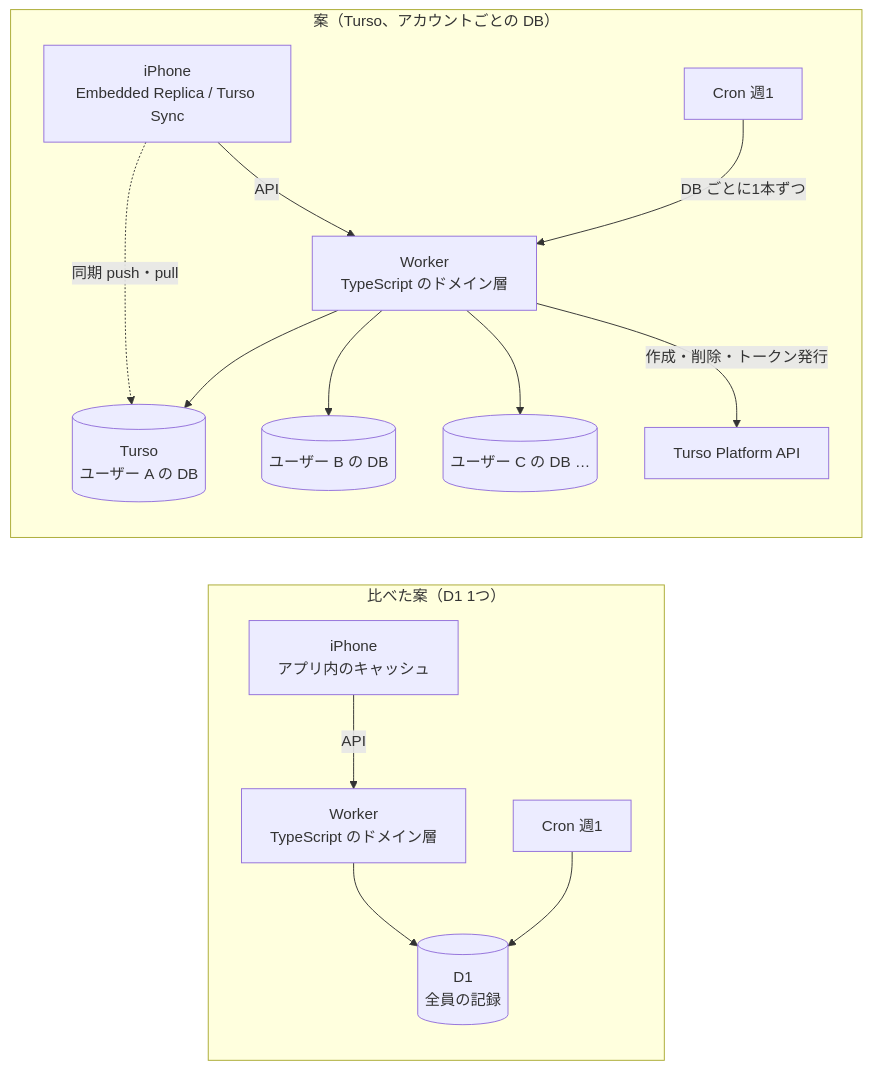
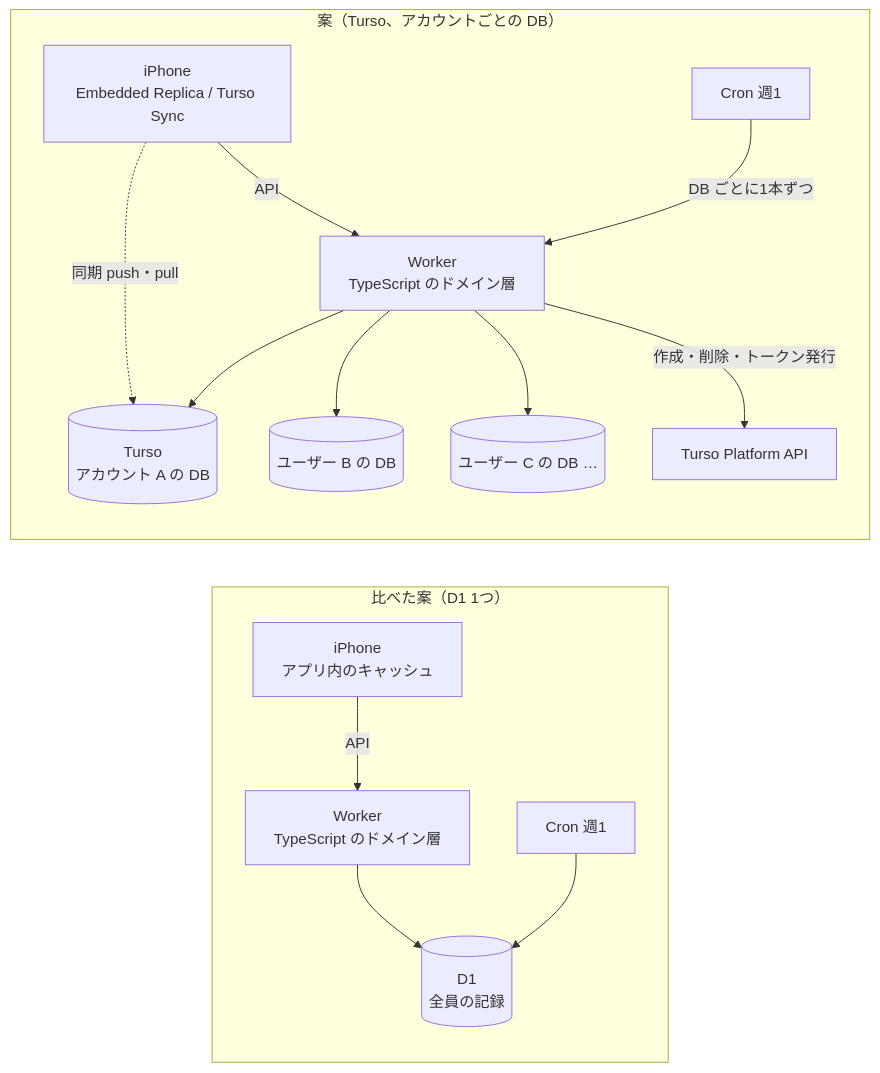
Before and after one commit to gn-t-k/nu-tori: the first of 7 diagrams in docs/research/turso.md, drawn with Mermaid. The commit also changed other lines of this file and 2 other files, not shown here.

````diff
--- a/docs/research/turso.md
+++ b/docs/research/turso.md
@@ -52,17 +52,17 @@
 ```mermaid
 flowchart LR
   subgraph Now["比べた案（D1 1つ）"]
     A1[iPhone<br/>アプリ内のキャッシュ] -->|API| W1[Worker<br/>TypeScript のドメイン層]
     W1 --> D1[(D1<br/>全員の記録)]
     C1[Cron 週1] --> D1
   end
   subgraph Plan["案（Turso、アカウントごとの DB）"]
-    A2[iPhone<br/>Embedded Replica / Turso Sync] -.->|同期 push・pull| T2[(Turso<br/>ユーザー A の DB)]
+    A2[iPhone<br/>Embedded Replica / Turso Sync] -.->|同期 push・pull| T2[(Turso<br/>アカウント A の DB)]
     A2 -->|API| W2[Worker<br/>TypeScript のドメイン層]
     W2 --> T2
     W2 --> T3[(ユーザー B の DB)]
     W2 --> T4[(ユーザー C の DB …)]
     C2[Cron 週1] -->|DB ごとに1本ずつ| W2
     W2 -->|作成・削除・トークン発行| P[Turso Platform API]
   end
 ```
````
